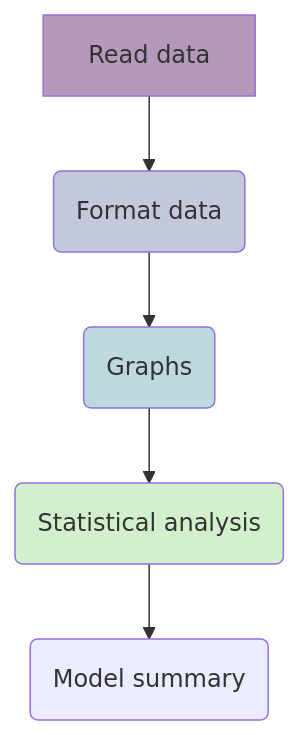
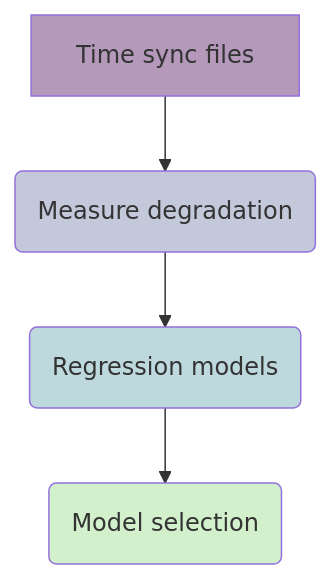
Before and after one commit to maRce10/winner_takes_all_hypothesis: the diagram in scripts/acoustic_stats_analysis.qmd, drawn with Mermaid. The commit also changed other lines of this file and 63 other files, not shown here.

````diff
--- a/scripts/acoustic_stats_analysis.qmd
+++ b/scripts/acoustic_stats_analysis.qmd
@@ -84,13 +70,12 @@
 ```{mermaid, fig.align = "center"}
 flowchart
-  A[Read data] --> B(Format data) 
-  B --> C(Graphs)
-  C --> D(Statistical analysis)
-  D --> E(Model summary) 
+  A[Time sync files] --> B(Measure degradation) 
+  B --> C(Regression models)
+  C --> D(Model selection)
 
 style A fill:#44015466
 style B fill:#3E4A894D
 style C fill:#26828E4D
 style D fill:#6DCD594D
 
 ```
````
